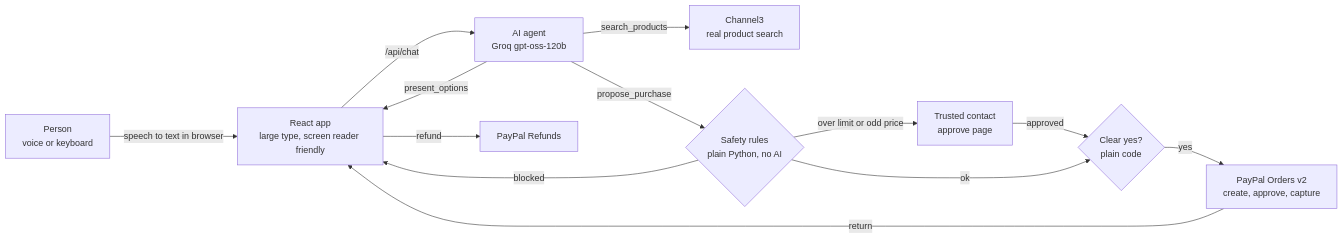
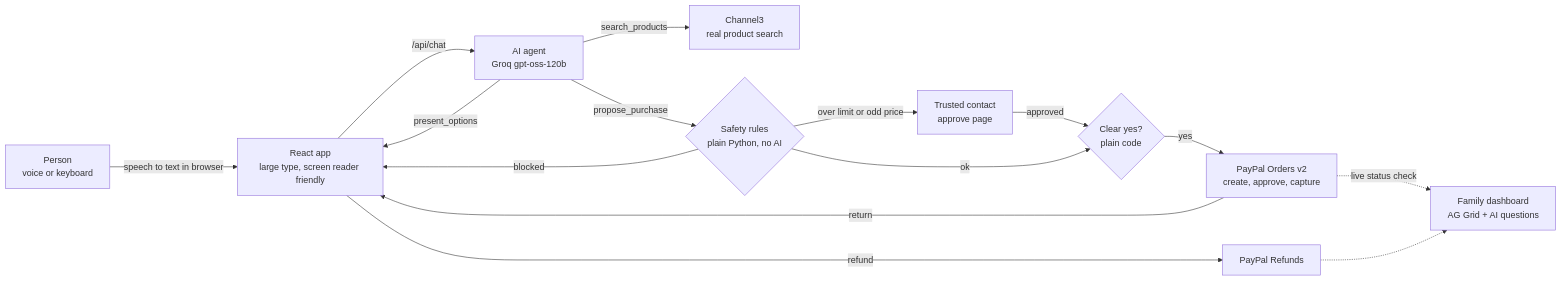
One commit to annarose14/sahaya changed the diagram in README.md. Above: the diagram before and after it, drawn with Mermaid. The commit also changed other lines of this file and 17 other files, not shown here.

Commit message:
Family dashboard with AG Grid, live PayPal checks, AI questions

````diff
--- a/README.md
+++ b/README.md
@@ -41,15 +43,17 @@
 ```mermaid
 flowchart LR
     U["Person<br/>voice or keyboard"] -->|speech to text in browser| FE["React app<br/>large type, screen reader friendly"]
     FE -->|/api/chat| AG["AI agent<br/>Groq gpt-oss-120b"]
     AG -->|search_products| C3["Channel3<br/>real product search"]
     AG -->|present_options| FE
     AG -->|propose_purchase| POL{"Safety rules<br/>plain Python, no AI"}
     POL -->|blocked| FE
     POL -->|over limit or odd price| FAM["Trusted contact<br/>approve page"]
     FAM -->|approved| YES
     POL -->|ok| YES{"Clear yes?<br/>plain code"}
     YES -->|yes| PP["PayPal Orders v2<br/>create, approve, capture"]
     PP -->|return| FE
     FE -->|refund| PR["PayPal Refunds"]
+    PP -.->|live status check| DASH["Family dashboard<br/>AG Grid + AI questions"]
+    PR -.-> DASH
 ```
````
